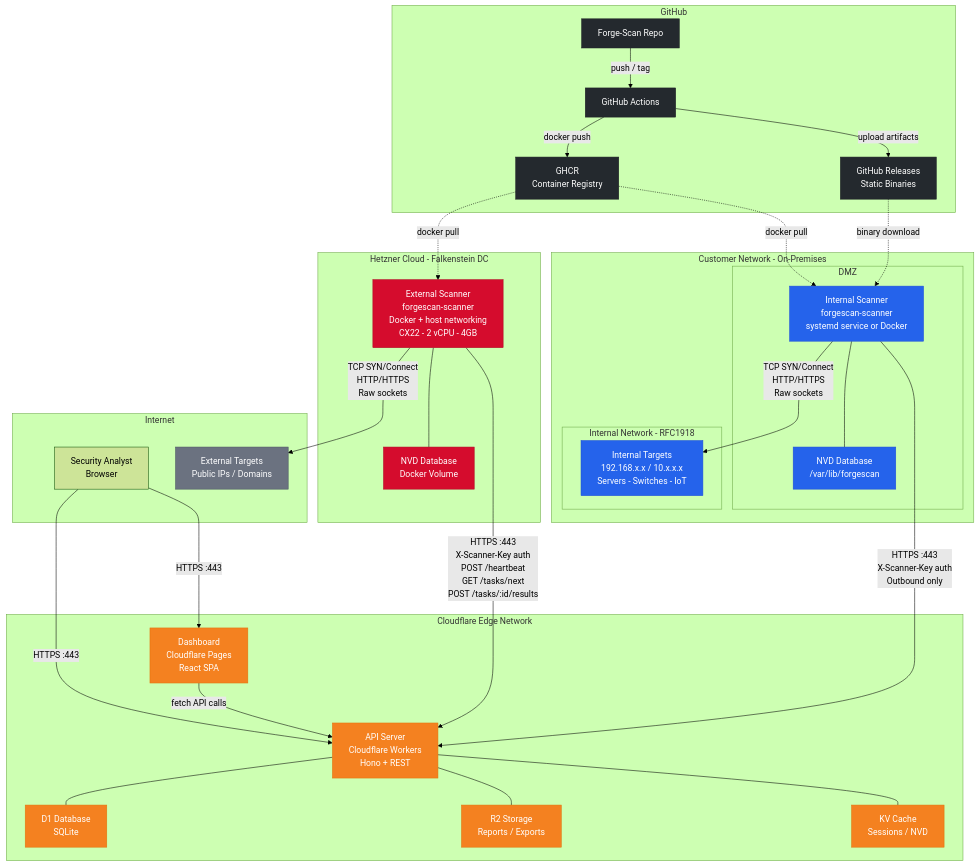
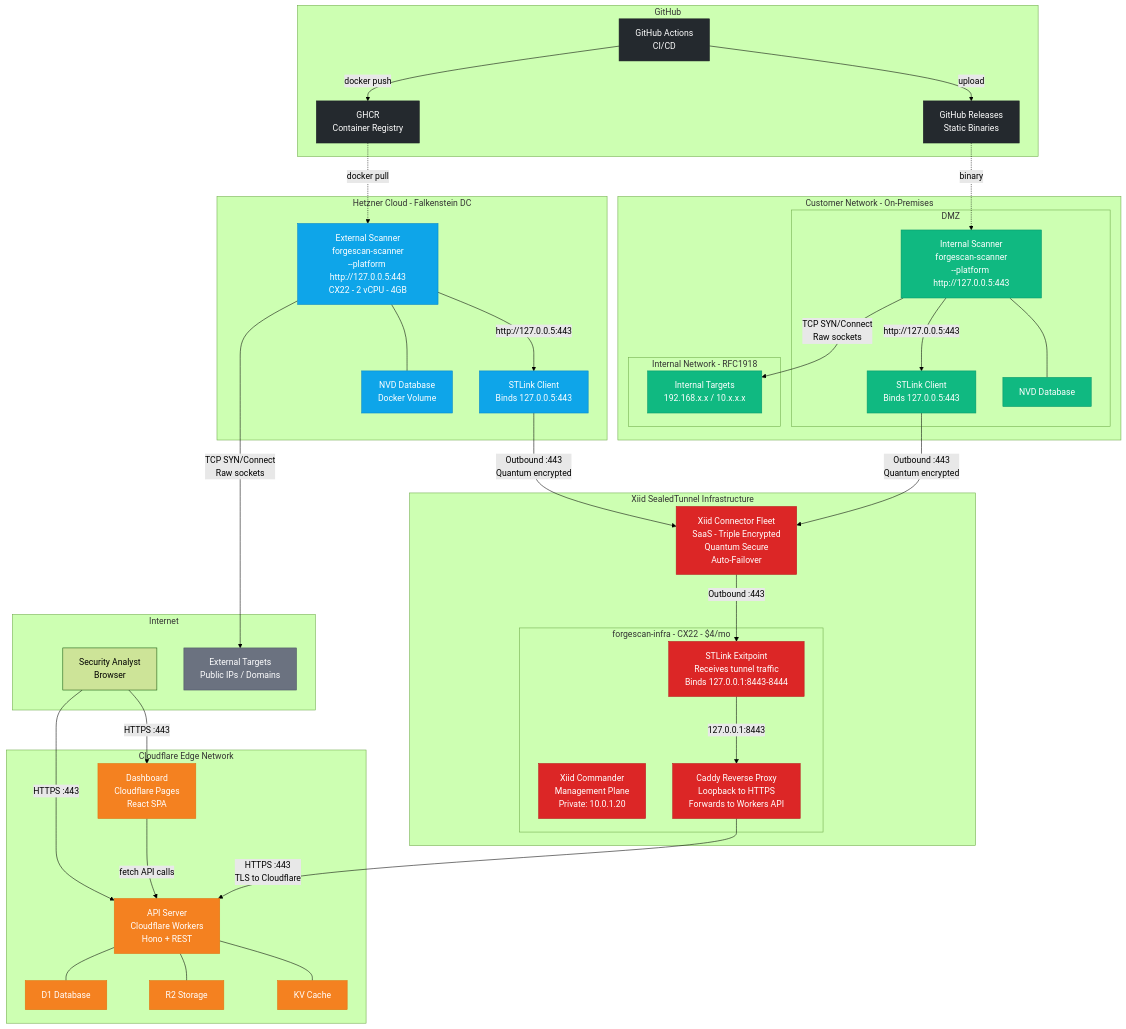
Before and after one commit to Bjay0727-jay/Forge-Scan: the diagram in docs/architecture.md, drawn with Mermaid (forest theme). The commit also changed other lines of this file and 12 other files, not shown here.

First line of the commit message:
Integrate Xiid SealedTunnel for quantum-secure scanner-to-platform transport

````diff
--- a/docs/architecture.md
+++ b/docs/architecture.md
@@ -25,29 +28,39 @@
     subgraph CF["Cloudflare Edge Network"]
         Pages["Dashboard<br/>Cloudflare Pages<br/>React SPA"]
         Workers["API Server<br/>Cloudflare Workers<br/>Hono + REST"]
-        D1["D1 Database<br/>SQLite"]
-        R2["R2 Storage<br/>Reports / Exports"]
-        KV["KV Cache<br/>Sessions / NVD"]
+        D1["D1 Database"]
+        R2["R2 Storage"]
+        KV["KV Cache"]
+    end
+
+    subgraph XiidInfra["Xiid SealedTunnel Infrastructure"]
+        subgraph InfraVM["forgescan-infra - CX22 - $4/mo"]
+            Commander["Xiid Commander<br/>Management Plane<br/>Private: 10.0.1.20"]
+            STLinkExit["STLink Exitpoint<br/>Receives tunnel traffic<br/>Binds 127.0.0.1:8443-8444"]
+            Caddy["Caddy Reverse Proxy<br/>Loopback to HTTPS<br/>Forwards to Workers API"]
+        end
+        ConnectorFleet["Xiid Connector Fleet<br/>SaaS - Triple Encrypted<br/>Quantum Secure<br/>Auto-Failover"]
     end
 
     subgraph Hetzner["Hetzner Cloud - Falkenstein DC"]
-        HetzScanner["External Scanner<br/>forgescan-scanner<br/>Docker + host networking<br/>CX22 - 2 vCPU - 4GB"]
+        HetzScanner["External Scanner<br/>forgescan-scanner<br/>--platform http://127.0.0.5:443<br/>CX22 - 2 vCPU - 4GB"]
+        STLinkExt["STLink Client<br/>Binds 127.0.0.5:443"]
         NVD_H["NVD Database<br/>Docker Volume"]
     end
 
     subgraph CustomerNet["Customer Network - On-Premises"]
         subgraph DMZ["DMZ"]
-            OnPremScanner["Internal Scanner<br/>forgescan-scanner<br/>systemd service or Docker"]
-            NVD_O["NVD Database<br/>/var/lib/forgescan"]
+            OnPremScanner["Internal Scanner<br/>forgescan-scanner<br/>--platform http://127.0.0.5:443"]
+            STLinkOnPrem["STLink Client<br/>Binds 127.0.0.5:443"]
+            NVD_O["NVD Database"]
         end
         subgraph Internal["Internal Network - RFC1918"]
-            IntTargets["Internal Targets<br/>192.168.x.x / 10.x.x.x<br/>Servers - Switches - IoT"]
+            IntTargets["Internal Targets<br/>192.168.x.x / 10.x.x.x"]
         end
     end
 
     subgraph CICD["GitHub"]
-        Repo["Forge-Scan Repo"]
-        Actions["GitHub Actions"]
+        Actions["GitHub Actions<br/>CI/CD"]
         GHCR["GHCR<br/>Container Registry"]
         Releases["GitHub Releases<br/>Static Binaries"]
     end
@@ -62,36 +75,47 @@
     Workers --- R2
     Workers --- KV
 
-    %% Scanner - API outbound HTTPS only
-    HetzScanner -->|"HTTPS :443<br/>X-Scanner-Key auth<br/>POST /heartbeat<br/>GET /tasks/next<br/>POST /tasks/:id/results"| Workers
-    OnPremScanner -->|"HTTPS :443<br/>X-Scanner-Key auth<br/>Outbound only"| Workers
+    %% Scanner to STLink local
+    HetzScanner -->|"http://127.0.0.5:443"| STLinkExt
+    OnPremScanner -->|"http://127.0.0.5:443"| STLinkOnPrem
 
-    %% Scanner - Targets
-    HetzScanner -->|"TCP SYN/Connect<br/>HTTP/HTTPS<br/>Raw sockets"| ExtTargets
-    OnPremScanner -->|"TCP SYN/Connect<br/>HTTP/HTTPS<br/>Raw sockets"| IntTargets
+    %% STLink to Connector Fleet outbound 443
+    STLinkExt -->|"Outbound :443<br/>Quantum encrypted"| ConnectorFleet
+    STLinkOnPrem -->|"Outbound :443<br/>Quantum encrypted"| ConnectorFleet
 
-    %% NVD volumes
+    %% Connector Fleet to Exitpoint
+    ConnectorFleet -->|"Outbound :443"| STLinkExit
+
+    %% Exitpoint to Caddy to Workers
+    STLinkExit -->|"127.0.0.1:8443"| Caddy
+    Caddy -->|"HTTPS :443<br/>TLS to Cloudflare"| Workers
+
+    %% Scanner to Targets
+    HetzScanner -->|"TCP SYN/Connect<br/>Raw sockets"| ExtTargets
+    OnPremScanner -->|"TCP SYN/Connect<br/>Raw sockets"| IntTargets
+
+    %% NVD
     HetzScanner --- NVD_H
     OnPremScanner --- NVD_O
 
-    %% CI/CD flows
-    Repo -->|"push / tag"| Actions
+    %% CI/CD
     Actions -->|"docker push"| GHCR
-    Actions -->|"upload artifacts"| Releases
+    Actions -->|"upload"| Releases
     GHCR -.->|"docker pull"| HetzScanner
-    GHCR -.->|"docker pull"| OnPremScanner
-    Releases -.->|"binary download"| OnPremScanner
+    Releases -.->|"binary"| OnPremScanner
 
     %% Styling
     classDef cloudflare fill:#f48120,color:#fff,stroke:#e0740c
-    classDef hetzner fill:#d50c2d,color:#fff,stroke:#b00a25
-    classDef customer fill:#2563eb,color:#fff,stroke:#1d4ed8
+    classDef xiid fill:#dc2626,color:#fff,stroke:#b91c1c
+    classDef hetzner fill:#0ea5e9,color:#fff,stroke:#0284c7
+    classDef customer fill:#10b981,color:#fff,stroke:#059669
     classDef github fill:#24292e,color:#fff,stroke:#1b1f23
     classDef target fill:#6b7280,color:#fff,stroke:#4b5563
 
     class Pages,Workers,D1,R2,KV cloudflare
-    class HetzScanner,NVD_H hetzner
-    class OnPremScanner,NVD_O,IntTargets customer
-    class Repo,Actions,GHCR,Releases github
+    class Commander,STLinkExit,Caddy,ConnectorFleet xiid
+    class HetzScanner,STLinkExt,NVD_H hetzner
+    class OnPremScanner,STLinkOnPrem,NVD_O,IntTargets customer
+    class Actions,GHCR,Releases github
     class ExtTargets target
 ```
````
